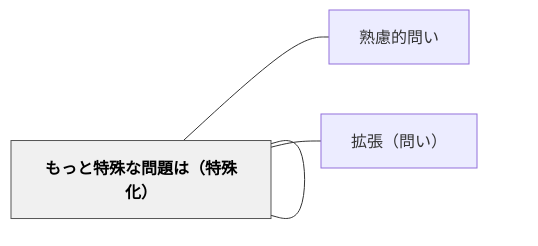
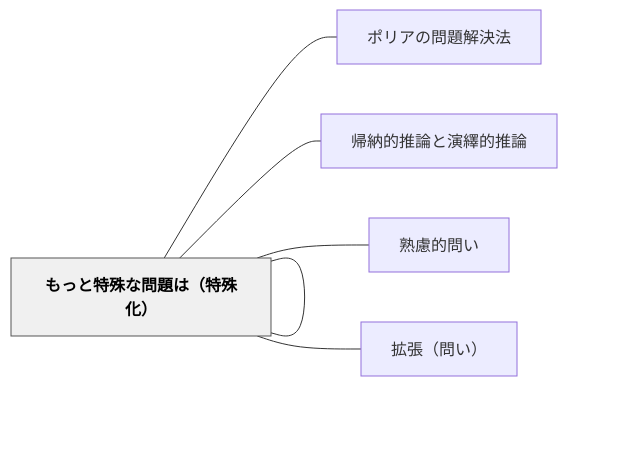
One commit to unknownthings-ed-patterns/unknownthings-ed-patterns changed the diagram in content/パタン/もっと一般的な問題は（一般化）.md. Above: the diagram before and after it, drawn with Mermaid. The commit also changed other lines of this file and 473 other files, not shown here.

````diff
--- a/content/パタン/もっと一般的な問題は（一般化）.md
+++ b/content/パタン/もっと一般的な問題は（一般化）.md
@@ -52,14 +54,18 @@
 ```mermaid
 flowchart LR
     ne38282e381a3["もっと一般的な問題は（一般化）"]
+    ne3839de383aa["ポリアの問題解決法"]
+    ne5b8b0e7b48d["帰納的推論と演繹的推論"]
     ne7869fe685ae["熟慮的問い"]
     ne38282e381a3["もっと特殊な問題は（特殊化）"]
     ne68ba1e5bcb5["拡張（問い）"]
 
+    ne38282e381a3 --- ne3839de383aa
+    ne38282e381a3 --- ne5b8b0e7b48d
     ne38282e381a3 --- ne7869fe685ae
     ne38282e381a3 --- ne38282e381a3
     ne38282e381a3 --- ne68ba1e5bcb5
 
     classDef hub fill:#f0f0f0,stroke:#555,color:#000,font-weight:bold
     class ne38282e381a3 hub
 ```
````
